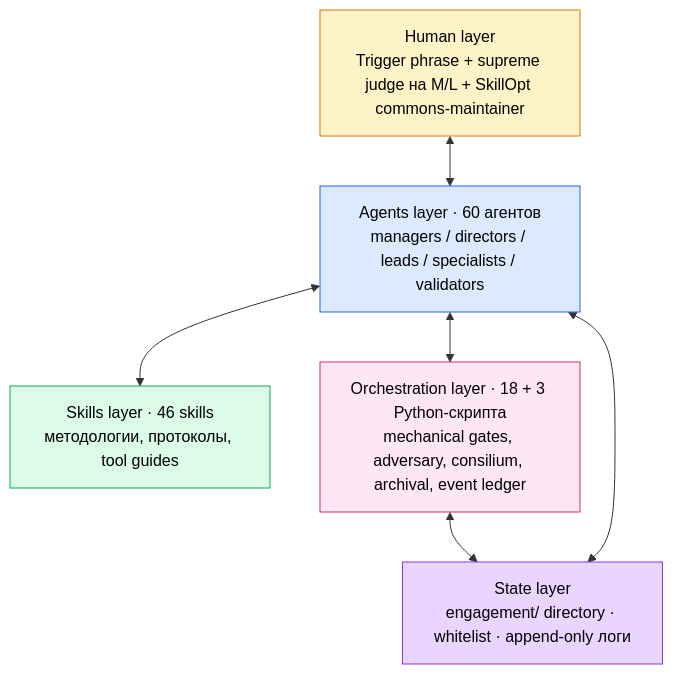
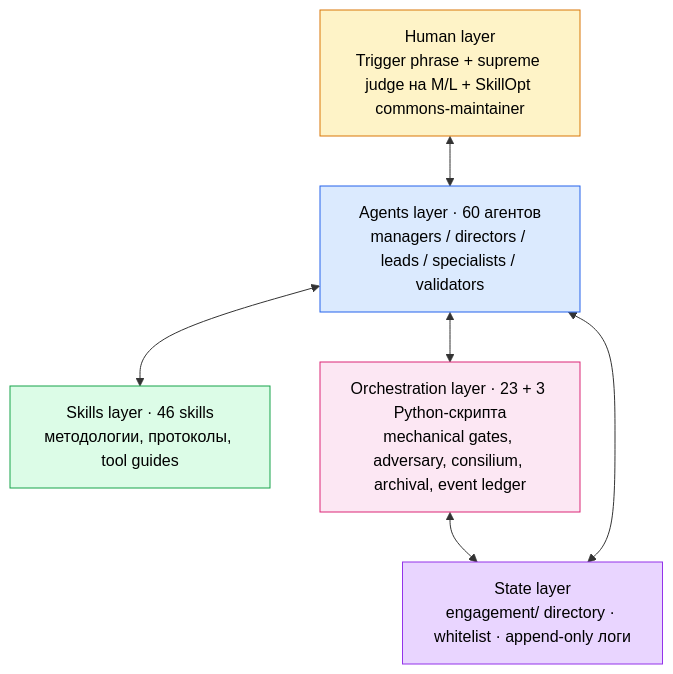
Before and after one commit to AgentShekel/agentic-workflow: the first of 2 diagrams in README.ru.md, drawn with Mermaid. The commit also changed other lines of this file and 48 other files, not shown here.

````diff
--- a/README.ru.md
+++ b/README.ru.md
@@ -27,26 +27,26 @@
 ```mermaid
 flowchart TB
     H["Human layer<br/>Trigger phrase + supreme judge на M/L + SkillOpt commons-maintainer"]
     A["Agents layer · 60 агентов<br/>managers / directors / leads / specialists / validators"]
     S["Skills layer · 46 skills<br/>методологии, протоколы, tool guides"]
-    O["Orchestration layer · 18 + 3 Python-скрипта<br/>mechanical gates, adversary, consilium, archival, event ledger"]
+    O["Orchestration layer · 23 + 3 Python-скрипта<br/>mechanical gates, adversary, consilium, archival, event ledger"]
     St["State layer<br/>engagement/ directory · whitelist · append-only логи"]
 
     H <--> A
     A <--> S
     A <--> O
     O <--> St
     A <--> St
 
     classDef human fill:#fef3c7,stroke:#d97706,color:#000
     classDef agents fill:#dbeafe,stroke:#2563eb,color:#000
     classDef skills fill:#dcfce7,stroke:#16a34a,color:#000
     classDef orch fill:#fce7f3,stroke:#db2777,color:#000
     classDef state fill:#e9d5ff,stroke:#9333ea,color:#000
 
     class H human
     class A agents
     class S skills
     class O orch
     class St state
 ```
````
